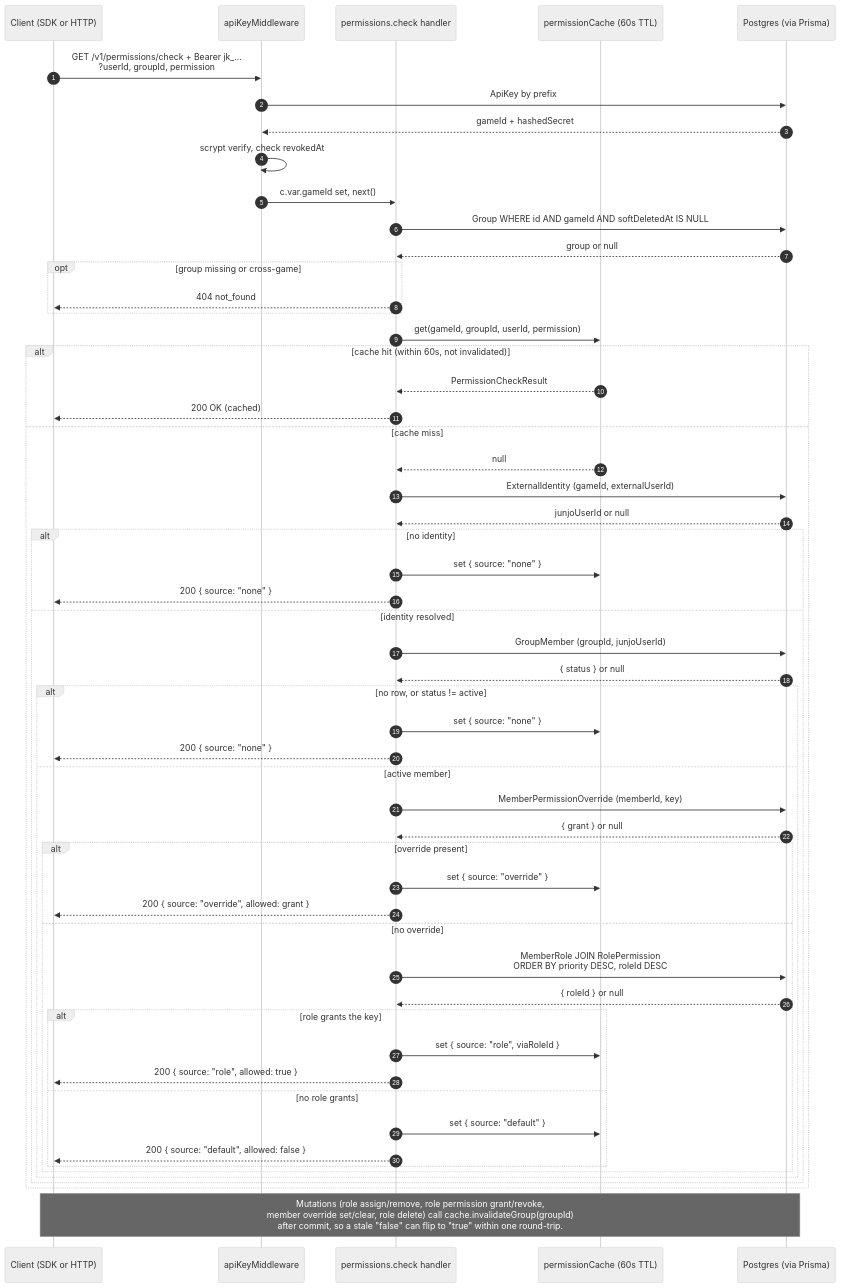
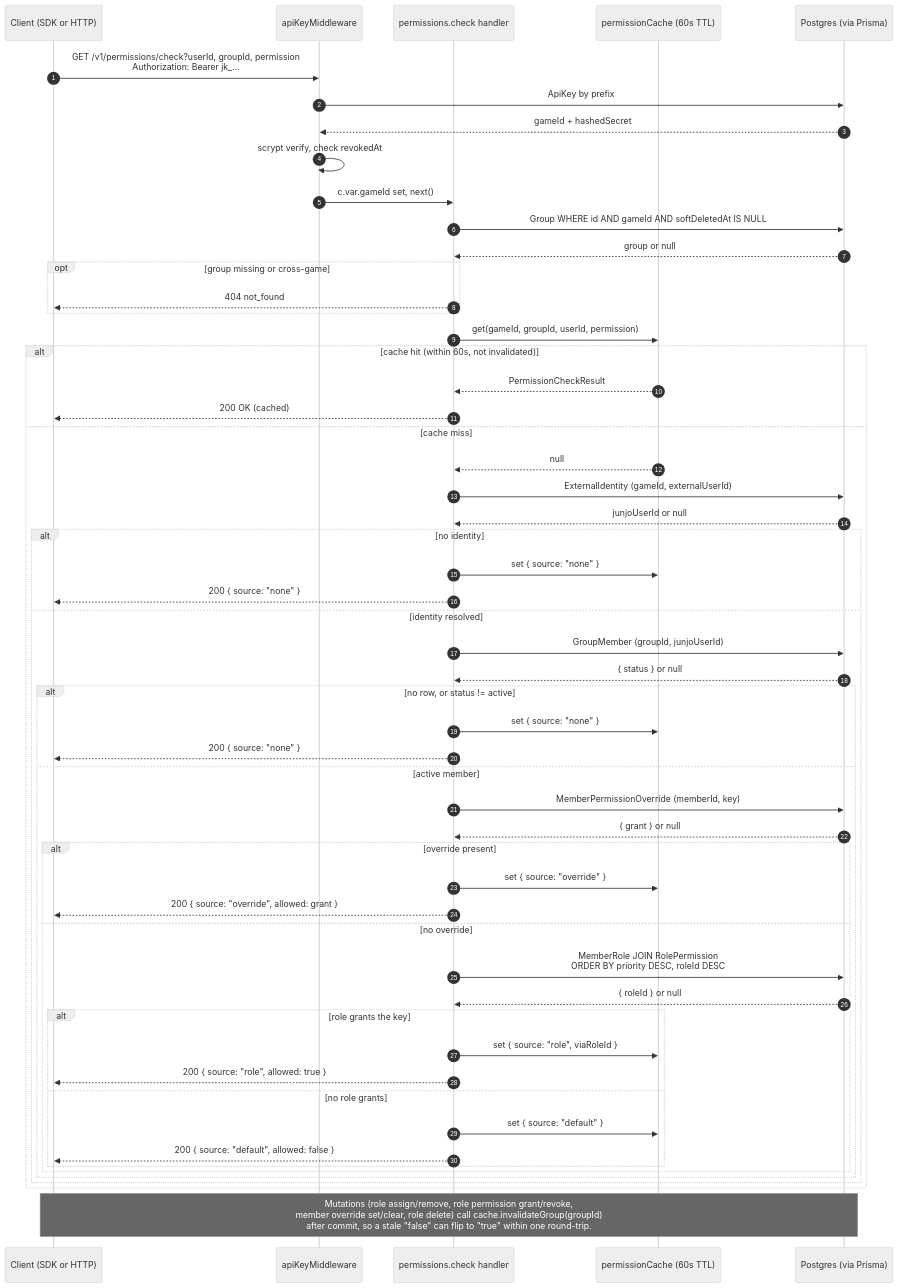
Before and after one commit to GabeCurran/junjo: the diagram in tools/diagrams/source/permission-resolution.mmd, drawn with Mermaid. The commit also changed 2 other files, not shown here.

Commit message:
docs: polish permission-resolution diagram (V.2)
Rewrote the first message label in permission-resolution.mmd to use
HTTP-conventional notation: path + query string on line 1, Authorization
header on line 2. The previous "+ Bearer jk_..." form mashed a path and an
auth header with a literal plus, which is not how HTTP requests are written.

Synced the embedded fence in apps/docs/pages/api-reference/permissions.mdx
byte-for-byte for the source/embed gate.

```diff
--- a/tools/diagrams/source/permission-resolution.mmd
+++ b/tools/diagrams/source/permission-resolution.mmd
@@ -1,60 +1,60 @@
 %%{init: {'theme': 'neutral'}}%%
 sequenceDiagram
   autonumber
   participant Client as Client (SDK or HTTP)
   participant Mw as apiKeyMiddleware
   participant Route as permissions.check handler
   participant Cache as permissionCache (60s TTL)
   participant DB as Postgres (via Prisma)
 
-  Client->>Mw: GET /v1/permissions/check + Bearer jk_...<br/>?userId, groupId, permission
+  Client->>Mw: GET /v1/permissions/check?userId, groupId, permission<br/>Authorization: Bearer jk_...
   Mw->>DB: ApiKey by prefix
   DB-->>Mw: gameId + hashedSecret
   Mw->>Mw: scrypt verify, check revokedAt
   Mw->>Route: c.var.gameId set, next()
 
   Route->>DB: Group WHERE id AND gameId AND softDeletedAt IS NULL
   DB-->>Route: group or null
   opt group missing or cross-game
     Route-->>Client: 404 not_found
   end
 
   Route->>Cache: get(gameId, groupId, userId, permission)
   alt cache hit (within 60s, not invalidated)
     Cache-->>Route: PermissionCheckResult
     Route-->>Client: 200 OK (cached)
   else cache miss
     Cache-->>Route: null
     Route->>DB: ExternalIdentity (gameId, externalUserId)
     DB-->>Route: junjoUserId or null
     alt no identity
       Route->>Cache: set { source: "none" }
       Route-->>Client: 200 { source: "none" }
     else identity resolved
       Route->>DB: GroupMember (groupId, junjoUserId)
       DB-->>Route: { status } or null
       alt no row, or status != active
         Route->>Cache: set { source: "none" }
         Route-->>Client: 200 { source: "none" }
       else active member
         Route->>DB: MemberPermissionOverride (memberId, key)
         DB-->>Route: { grant } or null
         alt override present
           Route->>Cache: set { source: "override" }
           Route-->>Client: 200 { source: "override", allowed: grant }
         else no override
           Route->>DB: MemberRole JOIN RolePermission<br/>ORDER BY priority DESC, roleId DESC
           DB-->>Route: { roleId } or null
           alt role grants the key
             Route->>Cache: set { source: "role", viaRoleId }
             Route-->>Client: 200 { source: "role", allowed: true }
           else no role grants
             Route->>Cache: set { source: "default" }
             Route-->>Client: 200 { source: "default", allowed: false }
           end
         end
       end
     end
   end
 
   Note over Client,DB: Mutations (role assign/remove, role permission grant/revoke,<br/>member override set/clear, role delete) call cache.invalidateGroup(groupId)<br/>after commit, so a stale "false" can flip to "true" within one round-trip.
```
